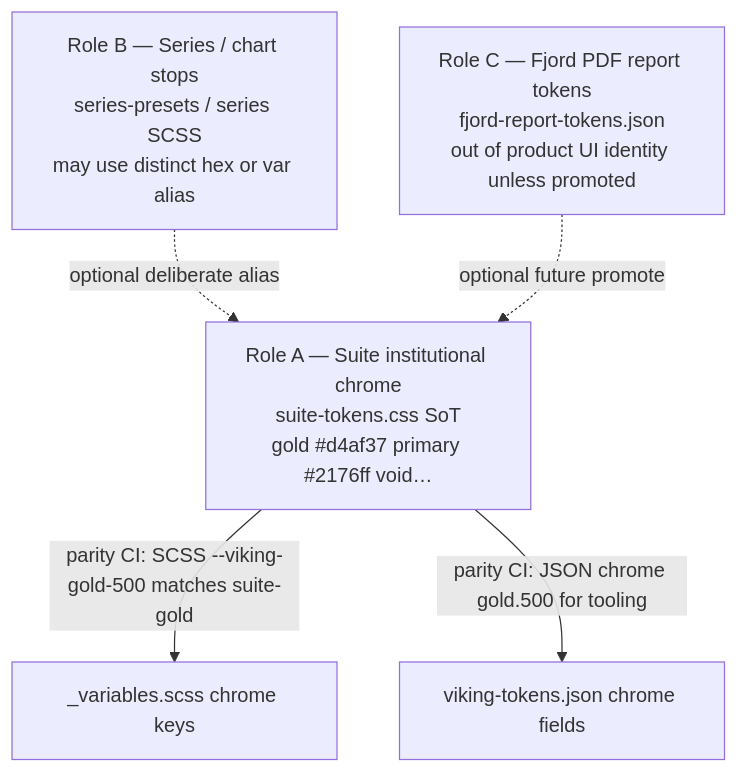
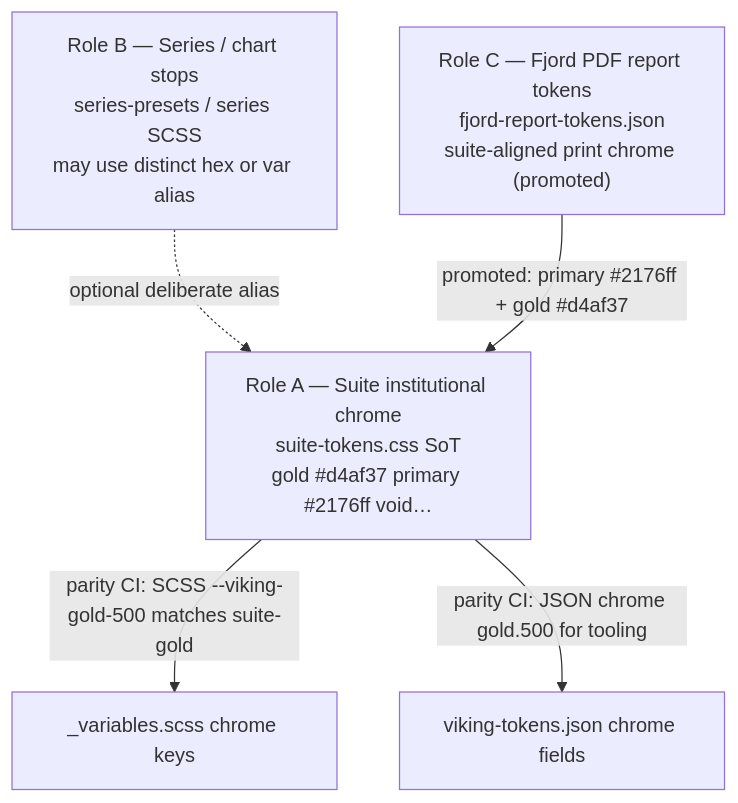
Before and after one commit to dataengineeringformachinelearning/forjd: the third of 4 diagrams in docs/SUITE_UI_UNIFICATION_COMPLETION.md, drawn with Mermaid. The commit also changed other lines of this file and 8 other files, not shown here.

First line of the commit message:
Promote Role C PDF reports to suite-styled design system chrome.

````diff
--- a/docs/SUITE_UI_UNIFICATION_COMPLETION.md
+++ b/docs/SUITE_UI_UNIFICATION_COMPLETION.md
@@ -363,10 +363,10 @@
 ```mermaid
 flowchart TD
   A["Role A — Suite institutional chrome<br/>suite-tokens.css SoT<br/>gold #d4af37 primary #2176ff void…"]
   B["Role B — Series / chart stops<br/>series-presets / series SCSS<br/>may use distinct hex or var alias"]
-  C["Role C — Fjord PDF report tokens<br/>fjord-report-tokens.json<br/>out of product UI identity unless promoted"]
+  C["Role C — Fjord PDF report tokens<br/>fjord-report-tokens.json<br/>suite-aligned print chrome (promoted)"]
   A -->|"parity CI: SCSS --viking-gold-500 matches suite-gold"| A2["_variables.scss chrome keys"]
   A -->|"parity CI: JSON chrome gold.500 for tooling"| A3["viking-tokens.json chrome fields"]
   B -.->|"optional deliberate alias"| A
-  C -.->|"optional future promote"| A
+  C -->|"promoted: primary #2176ff + gold #d4af37"| A
 ```
````
